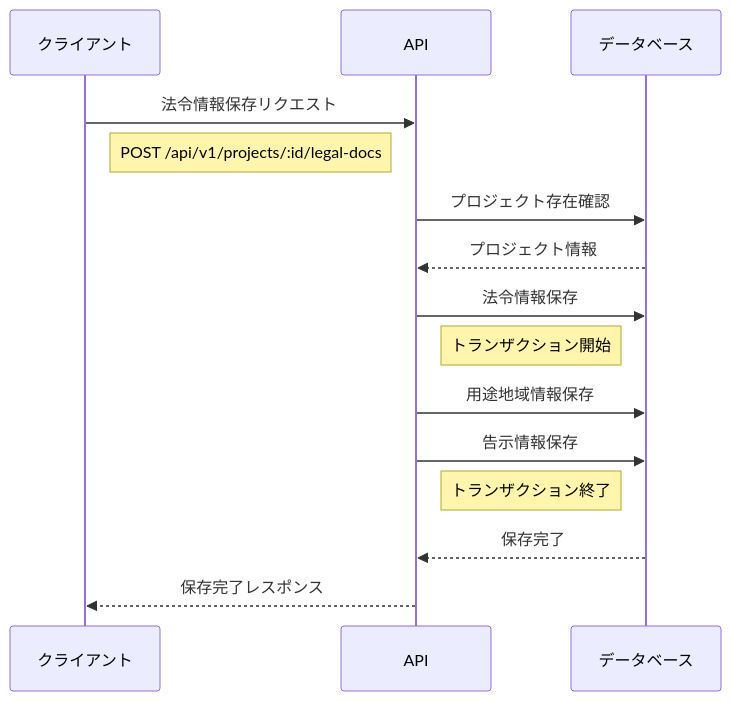
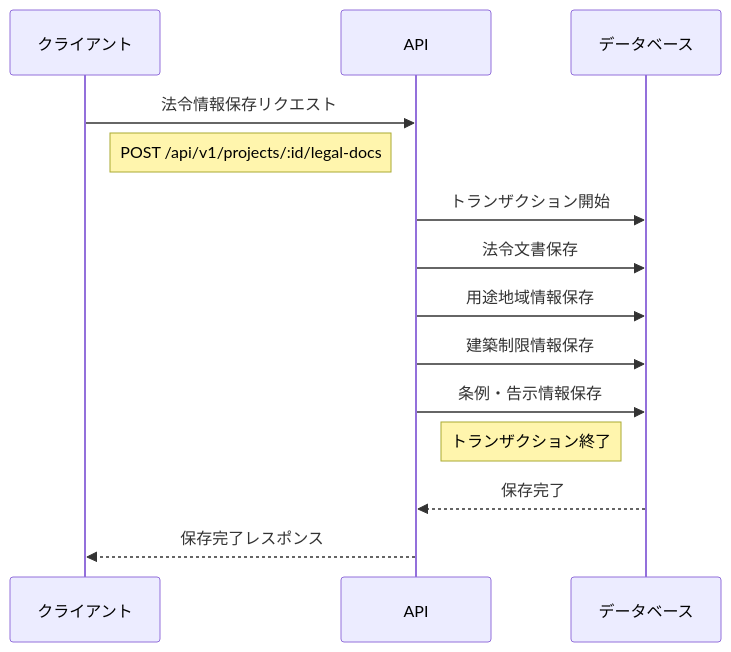
One commit to kamekamek/legal_api changed the tenth of 16 diagrams in docs/development-schema.md. Above: the diagram before and after it, drawn with Mermaid. The commit also changed other lines of this file and 2 other files, not shown here.

First line of the commit message:
docs: Add TODO list and enhance legal document schema documentation

````diff
--- a/docs/development-schema.md
+++ b/docs/development-schema.md
@@ -257,21 +328,19 @@
 ```mermaid
 sequenceDiagram
     participant C as クライアント
     participant A as API
     participant DB as データベース
     
     C->>A: 法令情報保存リクエスト
     Note right of C: POST /api/v1/projects/:id/legal-docs
     
-    A->>DB: プロジェクト存在確認
-    DB-->>A: プロジェクト情報
-    
-    A->>DB: 法令情報保存
-    Note right of A: トランザクション開始
+    A->>DB: トランザクション開始
+    A->>DB: 法令文書保存
     A->>DB: 用途地域情報保存
-    A->>DB: 告示情報保存
+    A->>DB: 建築制限情報保存
+    A->>DB: 条例・告示情報保存
     Note right of A: トランザクション終了
     
     DB-->>A: 保存完了
     A-->>C: 保存完了レスポンス
 ```
````
